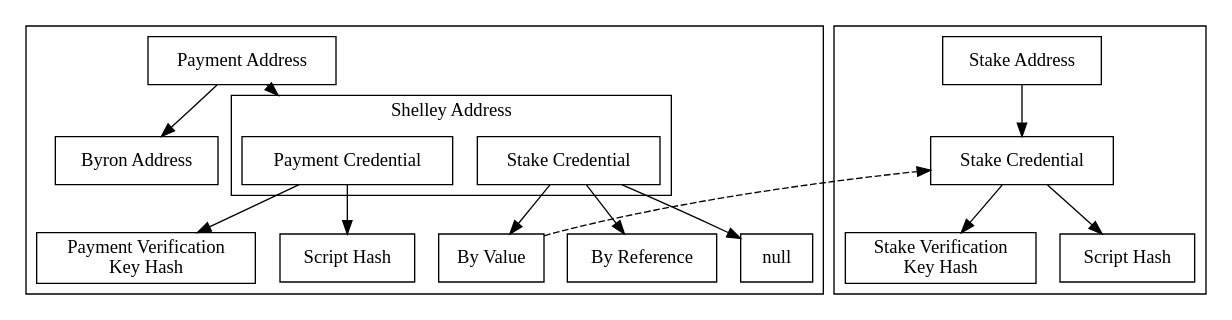
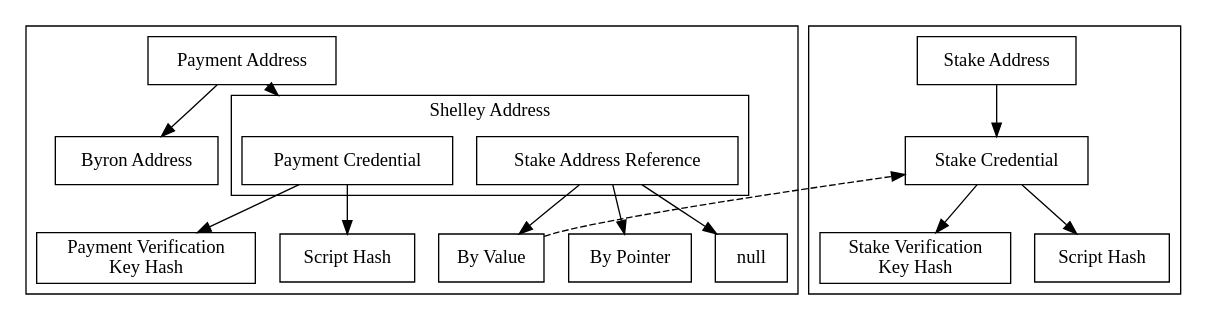
One commit to IntersectMBO/cardano-ledger changed the diagram in shelley/design-spec/addresses.dot. Above: the diagram before and after it, drawn with Graphviz. The commit also changed 2 other files, not shown here.

Commit message:
rename 'stake credential' to 'stake address reference' in payment address.
Also, rename 'by reference' to 'by pointer', to use different words, and make it
consistent with pointer addresses.

```diff
--- a/shelley/design-spec/addresses.dot
+++ b/shelley/design-spec/addresses.dot
@@ -1,52 +1,52 @@
 digraph addresses {
   graph[compound=true];
   node [shape=box];
 
   payment_address [label = "Payment Address"];
   byron_address [label = "Byron Address"];
   stake_address [label = "Stake Address"];
 
   payment_credential [label = "Payment Credential"];
+  stake_address_reference [label = "Stake Address Reference"];
   stake_credential [label = "Stake Credential"];
-  stake_credential2 [label = "Stake Credential"];
 
   pvkh [label = "Payment Verification\nKey Hash"];
   psh [label = "Script Hash"];
   svkh [label = "Stake Verification\nKey Hash"];
   ssh [label = "Script Hash"];
 
   by_value [label = "By Value"];
-  by_reference [label = "By Reference"];
+  by_pointer [label = "By Pointer"];
   null [label = "null"];
 
   subgraph cluster_stake {
     stake_address
-    stake_credential2
+    stake_credential
     svkh
     ssh
   }
 
   subgraph cluster_payment {
-    payment_address byron_address payment_credential stake_credential
-    pvkh psh by_value by_reference null
-    by_value by_reference null
+    payment_address byron_address payment_credential stake_address_reference
+    pvkh psh by_value by_pointer null
+    by_value by_pointer null
 
 
     subgraph cluster_shelley {
       label = "Shelley Address"
       payment_credential
-      stake_credential
+      stake_address_reference
     }
 
   }
 
   payment_address -> byron_address;
   payment_address -> payment_credential [lhead = cluster_shelley];
   payment_credential ->  {pvkh, psh};
-  stake_credential -> {by_value, by_reference, null};
+  stake_address_reference -> {by_value, by_pointer, null};
 
-  by_value -> stake_credential2 [style = dashed, constraint=false];
+  by_value -> stake_credential [style = dashed, constraint=false];
 
-  stake_address -> stake_credential2;
-  stake_credential2 -> {svkh, ssh};
+  stake_address -> stake_credential;
+  stake_credential -> {svkh, ssh};
 }
```
